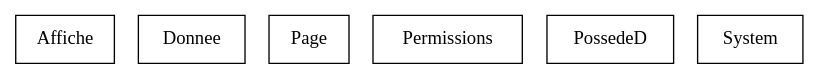
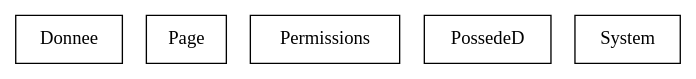
Before and after one commit to juliette39/reseau_social: the diagram in bdp/reseau_social.dot, drawn with Graphviz. The commit also changed 12 other files, not shown here.

```diff
--- a/bdp/reseau_social.dot
+++ b/bdp/reseau_social.dot
@@ -1,9 +1,8 @@
 digraph {
-Affiche [ label=" Affiche " shape= box ]
 Donnee [ label=" Donnee " shape= box ]
 Page [ label=" Page " shape= box ]
 Permissions [ label=" Permissions " shape= box ]
 PossedeD [ label=" PossedeD " shape= box ]
 System [ label=" System " shape= box ]
 
 }
```
